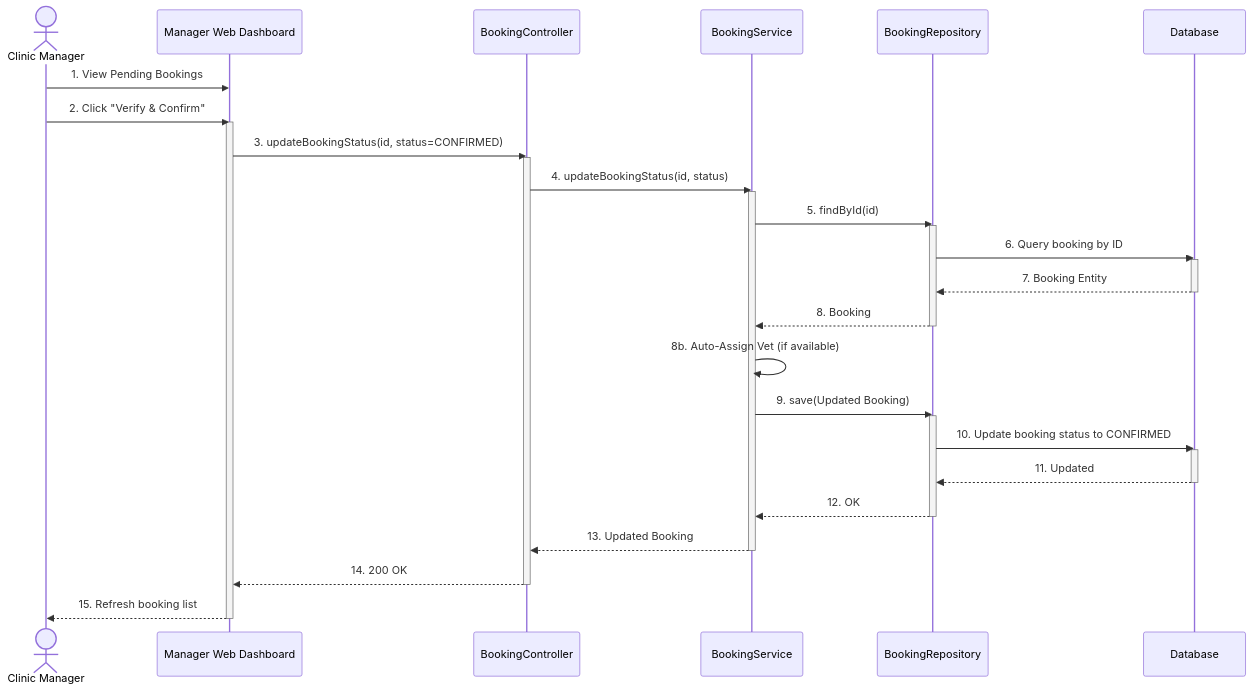
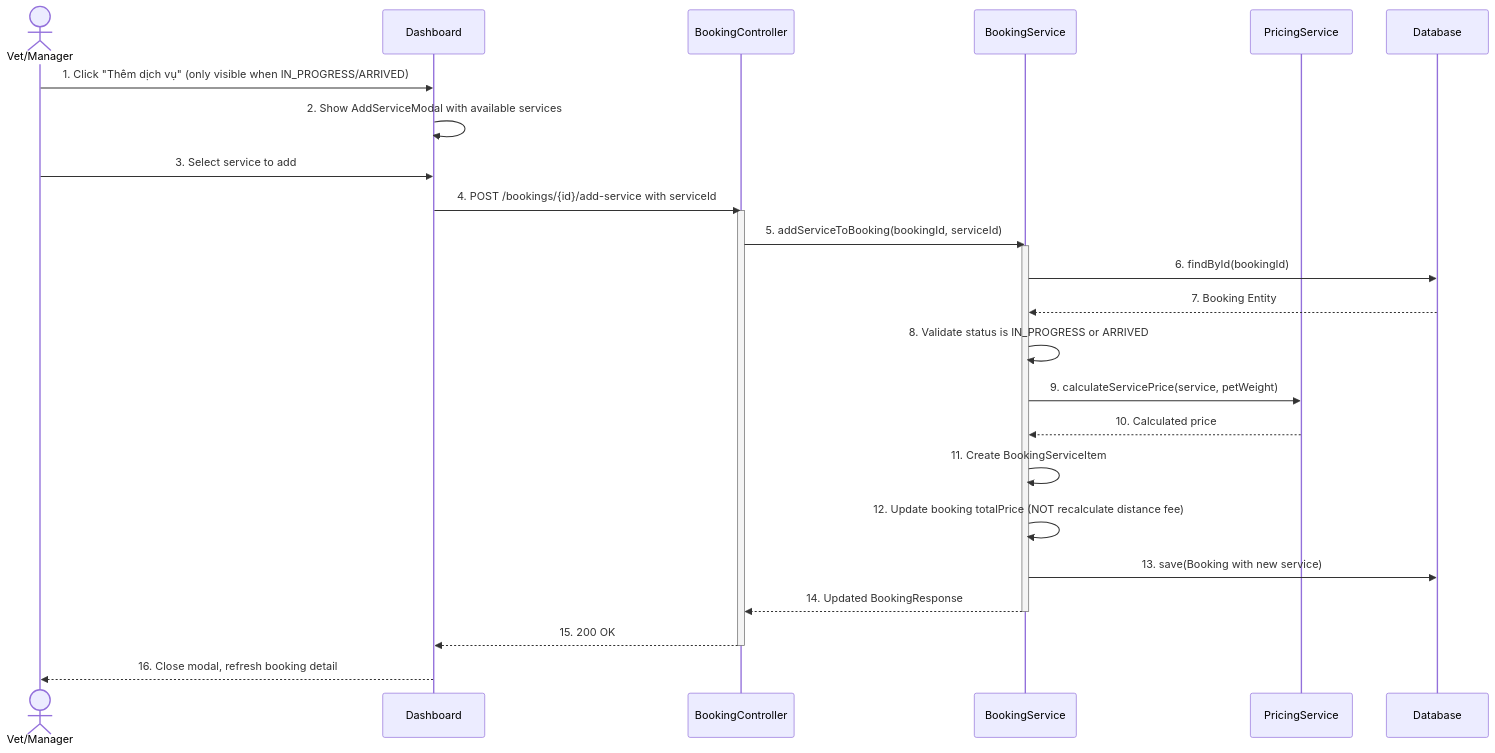
Diagram 34 of 44 in docs-references/documentation/SDD/REPORT_4_SDD_SYSTEM_DESIGN.md (espresso23/Petties-Veterinary-Appointment-Booking-Platform), drawn with Mermaid before and after one commit. The commit also changed other lines of this file and 105 other files, not shown here.

````diff
--- a/docs-references/documentation/SDD/REPORT_4_SDD_SYSTEM_DESIGN.md
+++ b/docs-references/documentation/SDD/REPORT_4_SDD_SYSTEM_DESIGN.md
@@ -2362,40 +2460,30 @@
 ```mermaid
 sequenceDiagram
-    actor M as Clinic Manager
-    participant UI as Manager Web Dashboard
+    actor V as Vet/Manager
+    participant UI as Dashboard
     participant BC as BookingController
     participant BS as BookingService
-    participant BR as BookingRepository
+    participant PS as PricingService
     participant DB as Database
 
-    M->>UI: 1. View Pending Bookings
-    M->>UI: 2. Click "Verify & Confirm"
-    activate UI
-    UI->>BC: 3. updateBookingStatus(id, status=CONFIRMED)
+    V->>UI: 1. Click "Thêm dịch vụ" (only visible when IN_PROGRESS/ARRIVED)
+    UI->>UI: 2. Show AddServiceModal with available services
+    V->>UI: 3. Select service to add
+    UI->>BC: 4. POST /bookings/{id}/add-service with serviceId
     activate BC
-    BC->>BS: 4. updateBookingStatus(id, status)
+    BC->>BS: 5. addServiceToBooking(bookingId, serviceId)
     activate BS
-    BS->>BR: 5. findById(id)
-    activate BR
-    BR->>DB: 6. Query booking by ID
-    activate DB
-    DB-->>BR: 7. Booking Entity
-    deactivate DB
-    BR-->>BS: 8. Booking
-    deactivate BR
-    BS->>BS: 8b. Auto-Assign Vet (if available)
-    BS->>BR: 9. save(Updated Booking)
-    activate BR
-    BR->>DB: 10. Update booking status to CONFIRMED
-    activate DB
-    DB-->>BR: 11. Updated
-    deactivate DB
-    BR-->>BS: 12. OK
-    deactivate BR
-    BS-->>BC: 13. Updated Booking
+    BS->>DB: 6. findById(bookingId)
+    DB-->>BS: 7. Booking Entity
+    BS->>BS: 8. Validate status is IN_PROGRESS or ARRIVED
+    BS->>PS: 9. calculateServicePrice(service, petWeight)
+    PS-->>BS: 10. Calculated price
+    BS->>BS: 11. Create BookingServiceItem
+    BS->>BS: 12. Update booking totalPrice (NOT recalculate distance fee)
+    BS->>DB: 13. save(Booking with new service)
+    BS-->>BC: 14. Updated BookingResponse
     deactivate BS
-    BC-->>UI: 14. 200 OK
+    BC-->>UI: 15. 200 OK
     deactivate BC
-    UI-->>M: 15. Refresh booking list
-    deactivate UI
+    UI-->>V: 16. Close modal, refresh booking detail
 ```
````
